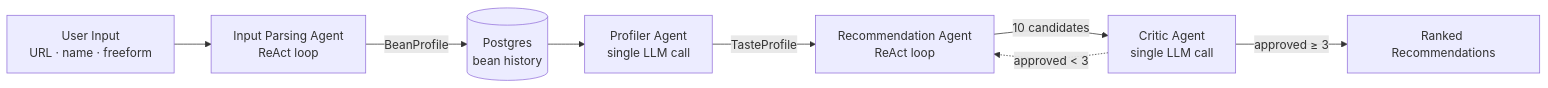
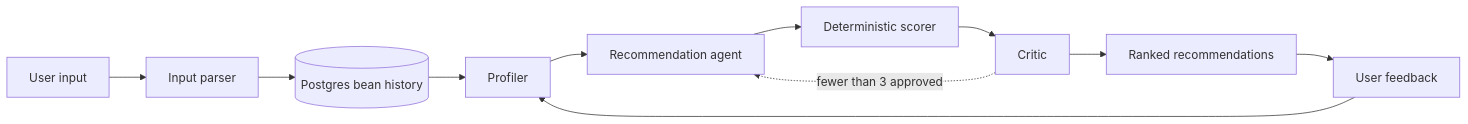
Before and after one commit to nguyentommycs/coffee: the diagram in README.md, drawn with Mermaid. The commit also changed other lines of this file and 9 other files, not shown here.

````diff
--- a/README.md
+++ b/README.md
@@ -25,10 +25,13 @@
 ```mermaid
 flowchart LR
-  U[User Input<br/>URL · name · freeform] --> IP[Input Parsing Agent<br/>ReAct loop]
-  IP -->|BeanProfile| DB[(Postgres<br/>bean history)]
-  DB --> P[Profiler Agent<br/>single LLM call]
-  P -->|TasteProfile| R[Recommendation Agent<br/>ReAct loop]
-  R -->|10 candidates| C[Critic Agent<br/>single LLM call]
-  C -->|approved ≥ 3| Out[Ranked Recommendations]
-  C -. approved &lt; 3 .-> R
+  U[User input] --> I[Input parser]
+  I --> B[(Postgres bean history)]
+  B --> P[Profiler]
+  P --> R[Recommendation agent]
+  R --> S[Deterministic scorer]
+  S --> C[Critic]
+  C --> O[Ranked recommendations]
+  O --> F[User feedback]
+  F --> P
+  C -. fewer than 3 approved .-> R
 ```
````
